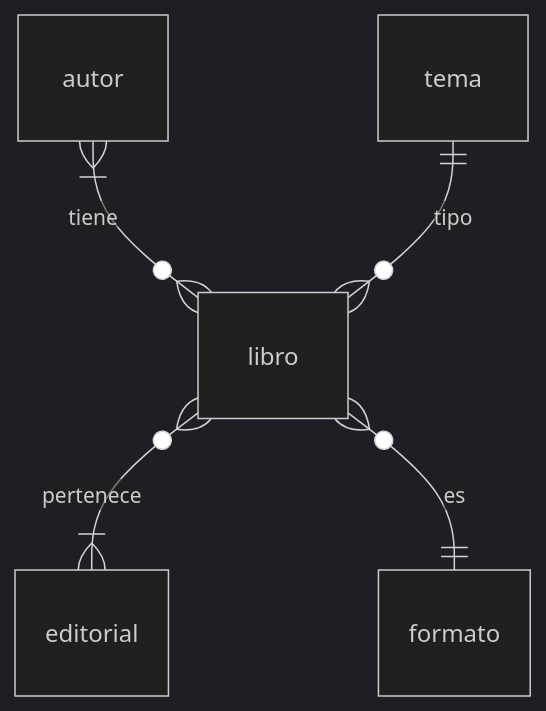
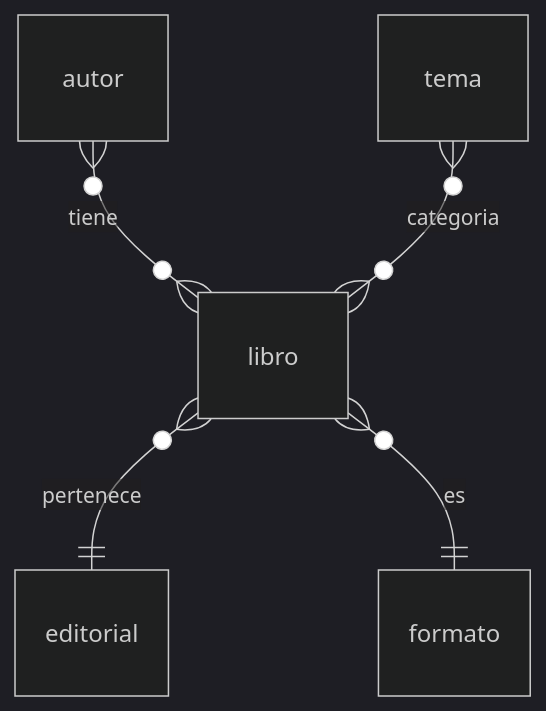
Before and after one commit to litoralcreativo/tpfinal-lab4: the diagram in readme.md, drawn with Mermaid (dark theme).

Commit message:
cambio der del readme

````diff
--- a/readme.md
+++ b/readme.md
@@ -11,8 +11,9 @@
 ```mermaid
 erDiagram
-    autor }|--o{ libro : tiene
-    libro }o--|{ editorial : pertenece
+
+    autor }o--o{ libro : tiene
+    libro }o--|| editorial : pertenece
     libro }o--|| formato : es
-    tema ||--o{ libro : tipo
+    tema }o--o{ libro : categoria
 
 ```
````
